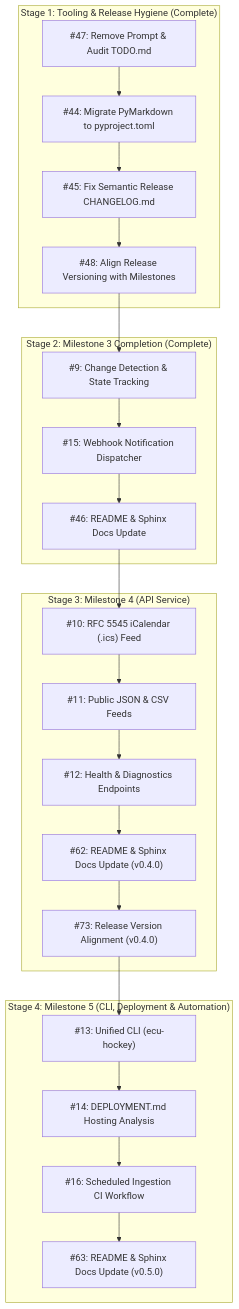
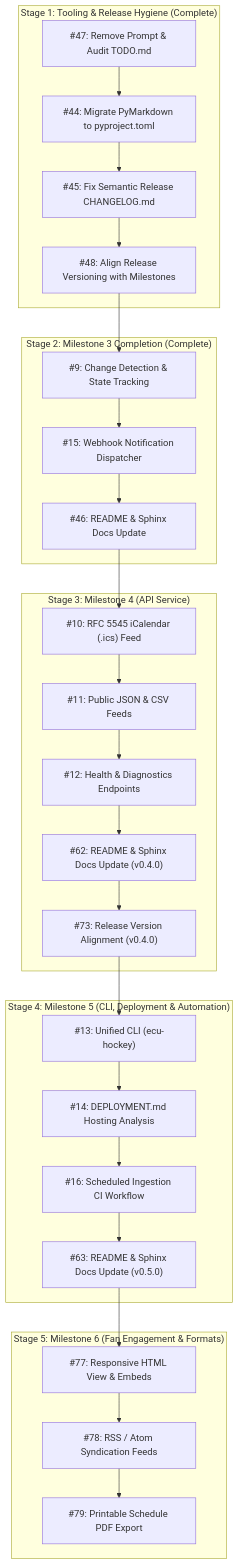
One commit to bdperkin/ecu-hockey-calendar changed the second of 2 diagrams in TODO.md. Above: the diagram before and after it, drawn with Mermaid. The commit also changed other lines of this file, not shown here.

First line of the commit message:
docs(roadmap): track milestone 6 fan engagement and export issues in TODO.md (#80)

````diff
--- a/TODO.md
+++ b/TODO.md
@@ -288,46 +312,55 @@
 ```mermaid
 flowchart TD
     subgraph HYGIENE["Stage 1: Tooling & Release Hygiene (Complete)"]
         T47["#47: Remove Prompt & Audit TODO.md"]
         T44["#44: Migrate PyMarkdown to pyproject.toml"]
         T45["#45: Fix Semantic Release CHANGELOG.md"]
         T48["#48: Align Release Versioning with Milestones"]
     end
 
     subgraph M3["Stage 2: Milestone 3 Completion (Complete)"]
         T9["#9: Change Detection & State Tracking"]
         T15["#15: Webhook Notification Dispatcher"]
         T46["#46: README & Sphinx Docs Update"]
     end
 
     subgraph M4["Stage 3: Milestone 4 (API Service)"]
         T10["#10: RFC 5545 iCalendar (.ics) Feed"]
         T11["#11: Public JSON & CSV Feeds"]
         T12["#12: Health & Diagnostics Endpoints"]
         T62["#62: README & Sphinx Docs Update (v0.4.0)"]
         T73["#73: Release Version Alignment (v0.4.0)"]
     end
 
     subgraph M5["Stage 4: Milestone 5 (CLI, Deployment & Automation)"]
         T13["#13: Unified CLI (ecu-hockey)"]
         T14["#14: DEPLOYMENT.md Hosting Analysis"]
         T16["#16: Scheduled Ingestion CI Workflow"]
         T63["#63: README & Sphinx Docs Update (v0.5.0)"]
     end
 
+    subgraph M6["Stage 5: Milestone 6 (Fan Engagement & Formats)"]
+        T77["#77: Responsive HTML View & Embeds"]
+        T78["#78: RSS / Atom Syndication Feeds"]
+        T79["#79: Printable Schedule PDF Export"]
+    end
+
     T47 --> T44
     T44 --> T45
     T45 --> T48
     T48 --> T9
     T9 --> T15
     T15 --> T46
     T46 --> T10
     T10 --> T11
     T11 --> T12
     T12 --> T62
     T62 --> T73
     T73 --> T13
     T13 --> T14
     T14 --> T16
     T16 --> T63
+    T63 --> T77
+    T77 --> T78
+    T78 --> T79
 ```
````
